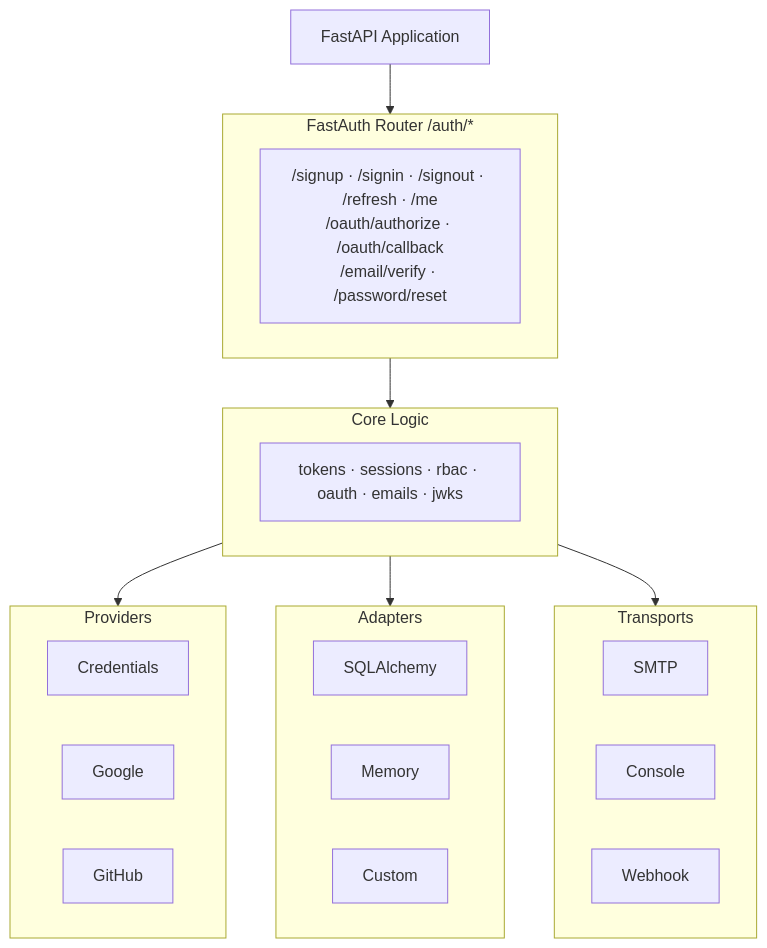
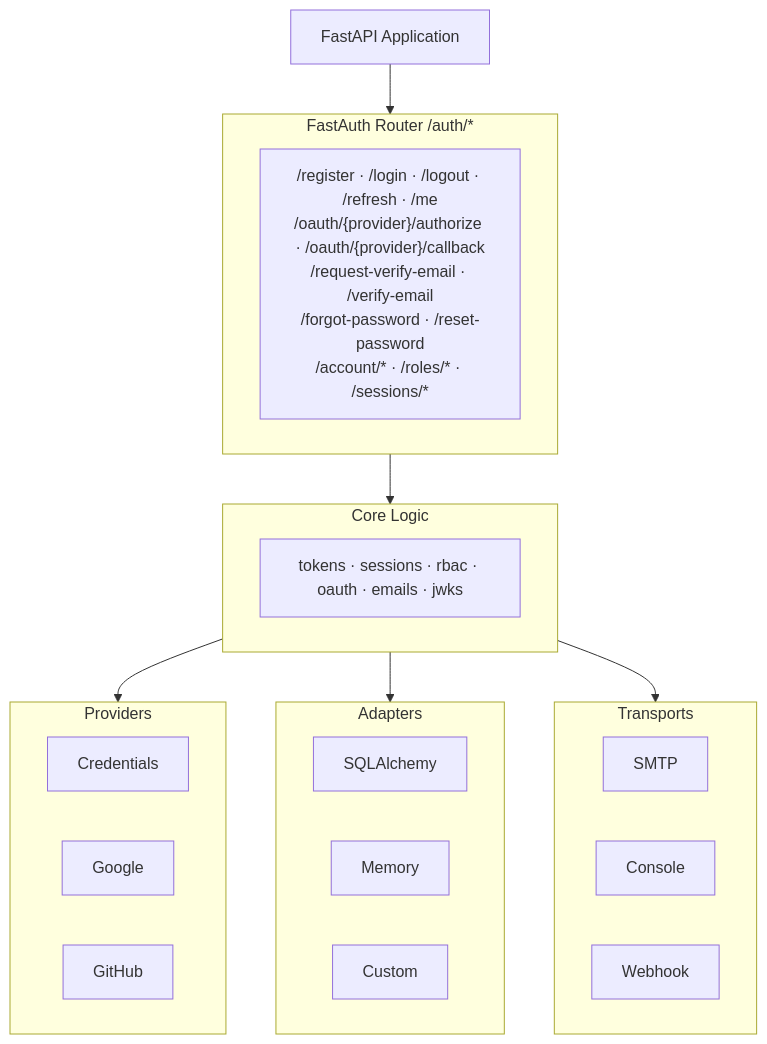
Before and after one commit to sreekarnv/fastauth: the first of 3 diagrams in docs/concepts/how-it-works.md, drawn with Mermaid. The commit also changed other lines of this file and 20 other files, not shown here.

````diff
--- a/docs/concepts/how-it-works.md
+++ b/docs/concepts/how-it-works.md
@@ -7,39 +7,41 @@
 ```mermaid
 graph TD
     APP["FastAPI Application"]
 
     subgraph ROUTER["FastAuth Router  /auth/*"]
-        ENDPOINTS["/signup · /signin · /signout · /refresh · /me
-/oauth/authorize · /oauth/callback
-/email/verify · /password/reset"]
+        ENDPOINTS["/register · /login · /logout · /refresh · /me
+/oauth/{provider}/authorize · /oauth/{provider}/callback
+/request-verify-email · /verify-email
+/forgot-password · /reset-password
+/account/* · /roles/* · /sessions/*"]
     end
 
     subgraph CORE["Core Logic"]
         CORELOGIC["tokens · sessions · rbac · oauth · emails · jwks"]
     end
 
     subgraph PROVIDERS["Providers"]
         direction LR
         P1["Credentials"]
         P2["Google"]
         P3["GitHub"]
     end
 
     subgraph ADAPTERS["Adapters"]
         direction LR
         A1["SQLAlchemy"]
         A2["Memory"]
         A3["Custom"]
     end
 
     subgraph TRANSPORTS["Transports"]
         direction LR
         T1["SMTP"]
         T2["Console"]
         T3["Webhook"]
     end
 
     APP --> ROUTER
     ROUTER --> CORE
     CORE --> PROVIDERS & ADAPTERS & TRANSPORTS
 ```
````
